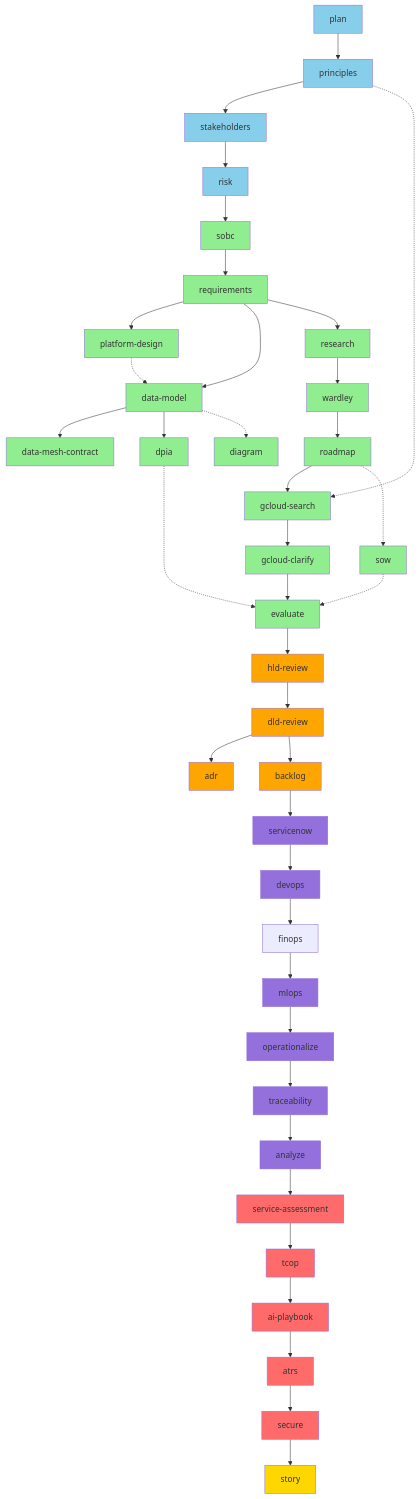
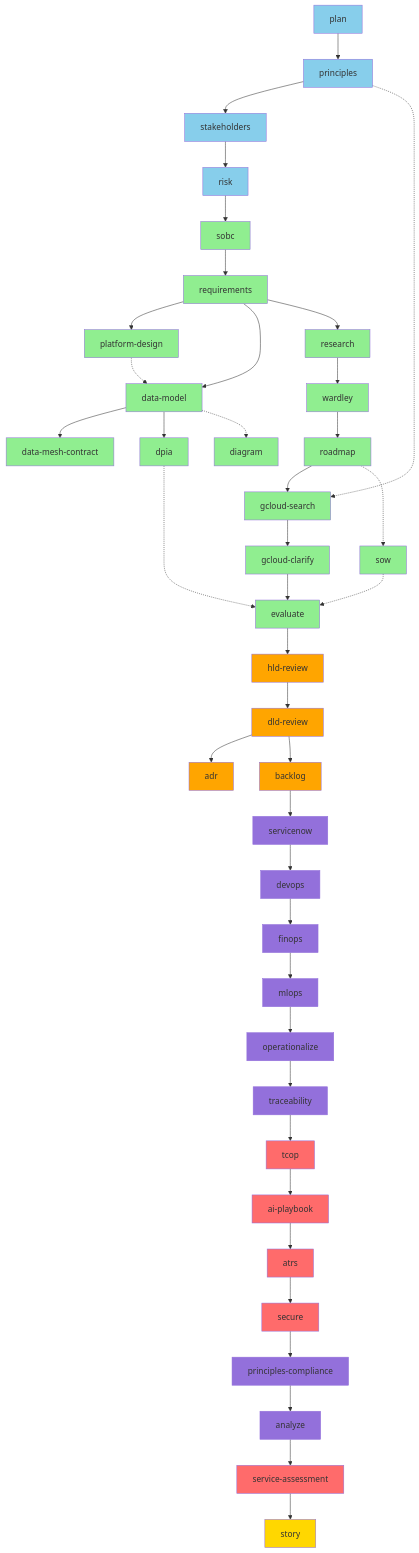
The third of 9 diagrams in WORKFLOW-DIAGRAMS.md (tractorjuice/arckit-test-project-v8-ons-data-platform), drawn with Mermaid before and after one commit. The commit also changed other lines of this file and 1 other file, not shown here.

Commit message:
chore: sync DEPENDENCY-MATRIX.md and WORKFLOW-DIAGRAMS.md from arc-kit

````diff
--- a/WORKFLOW-DIAGRAMS.md
+++ b/WORKFLOW-DIAGRAMS.md
@@ -245,17 +251,18 @@
     V1a --> V2[mlops]
     V2 --> V3[operationalize]
     V3 --> X[traceability]
-    X --> Y[analyze]
 
     %% Tier 10: UK Gov + AI Compliance
+    X --> X1[tcop]
+    X1 --> X2[ai-playbook]
+    X2 --> X3[atrs]
+    X3 --> X4[secure]
+    X4 --> X5[principles-compliance]
+    X5 --> Y[analyze]
     Y --> Z[service-assessment]
-    Z --> Z1[tcop]
-    Z1 --> Z2[ai-playbook]
-    Z2 --> Z3[atrs]
-    Z3 --> Z4[secure]
 
     %% Tier 11: Reporting
-    Z4 --> AA[story]
+    Z --> AA[story]
 
     style A fill:#87CEEB
     style B fill:#87CEEB
@@ -280,15 +287,17 @@
     style U fill:#FFA500
     style V fill:#9370DB
     style V1 fill:#9370DB
+    style V1a fill:#9370DB
     style V2 fill:#9370DB
     style V3 fill:#9370DB
     style W fill:#90EE90
     style X fill:#9370DB
+    style X1 fill:#FF6B6B
+    style X2 fill:#FF6B6B
+    style X3 fill:#FF6B6B
+    style X4 fill:#FF6B6B
+    style X5 fill:#9370DB
     style Y fill:#9370DB
     style Z fill:#FF6B6B
-    style Z1 fill:#FF6B6B
-    style Z2 fill:#FF6B6B
-    style Z3 fill:#FF6B6B
-    style Z4 fill:#FF6B6B
     style AA fill:#FFD700
 ```
````
